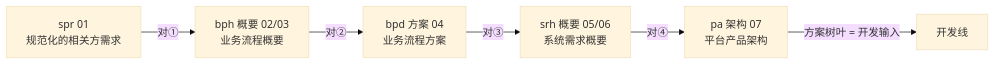
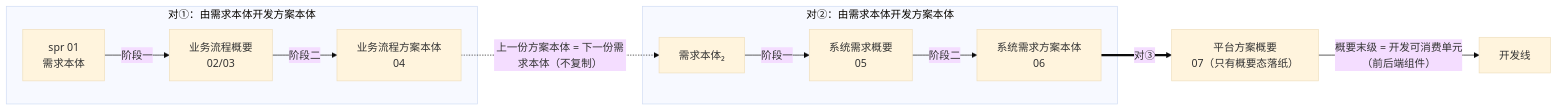
One commit to Yongjunzhou/AOS-system-design changed the third of 3 diagrams in 50-research/00-系统工程相关研究报告/20-由需求开发方案研究报告-需求方案对与两阶段设计算法.md. Above: the diagram before and after it, drawn with Mermaid (base theme). The commit also changed other lines of this file and 2 other files, not shown here.

````diff
--- a/50-research/00-系统工程相关研究报告/20-由需求开发方案研究报告-需求方案对与两阶段设计算法.md
+++ b/50-research/00-系统工程相关研究报告/20-由需求开发方案研究报告-需求方案对与两阶段设计算法.md
@@ -244,8 +269,14 @@
 ```mermaid
 flowchart LR
-    A["spr 01<br/>规范化的相关方需求"] -->|"对①"| B["bph 概要 02/03<br/>业务流程概要"]
-    B -->|"对②"| C["bpd 方案 04<br/>业务流程方案"]
-    C -->|"对③"| D["srh 概要 05/06<br/>系统需求概要"]
-    D -->|"对④"| E["pa 架构 07<br/>平台产品架构"]
-    E -->|"方案树叶 = 开发输入"| F["开发线"]
+    subgraph P1["对①：由需求本体开发方案本体"]
+        A["spr 01<br/>需求本体"] -->|"阶段一"| B["业务流程概要<br/>02/03"]
+        B -->|"阶段二"| C["业务流程方案本体<br/>04"]
+    end
+    subgraph P2["对②：由需求本体开发方案本体"]
+        D["需求本体₂"] -->|"阶段一"| E["系统需求概要<br/>05"]
+        E -->|"阶段二"| F["系统需求方案本体<br/>06"]
+    end
+    C -.->|"上一份方案本体 = 下一份需求本体（不复制）"| D
+    F ==>|"对③"| G["平台方案概要<br/>07（只有概要态落纸）"]
+    G -->|"概要末级 = 开发可消费单元<br/>（前后端组件）"| H["开发线"]
 ```
````
